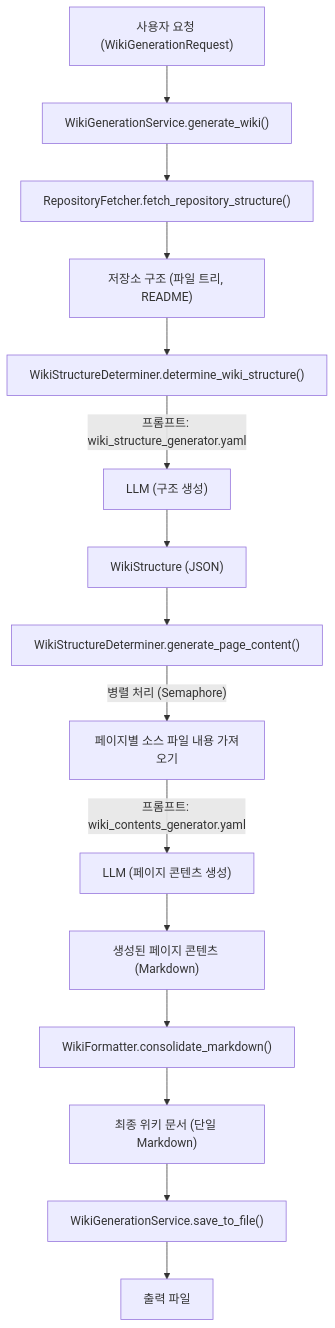
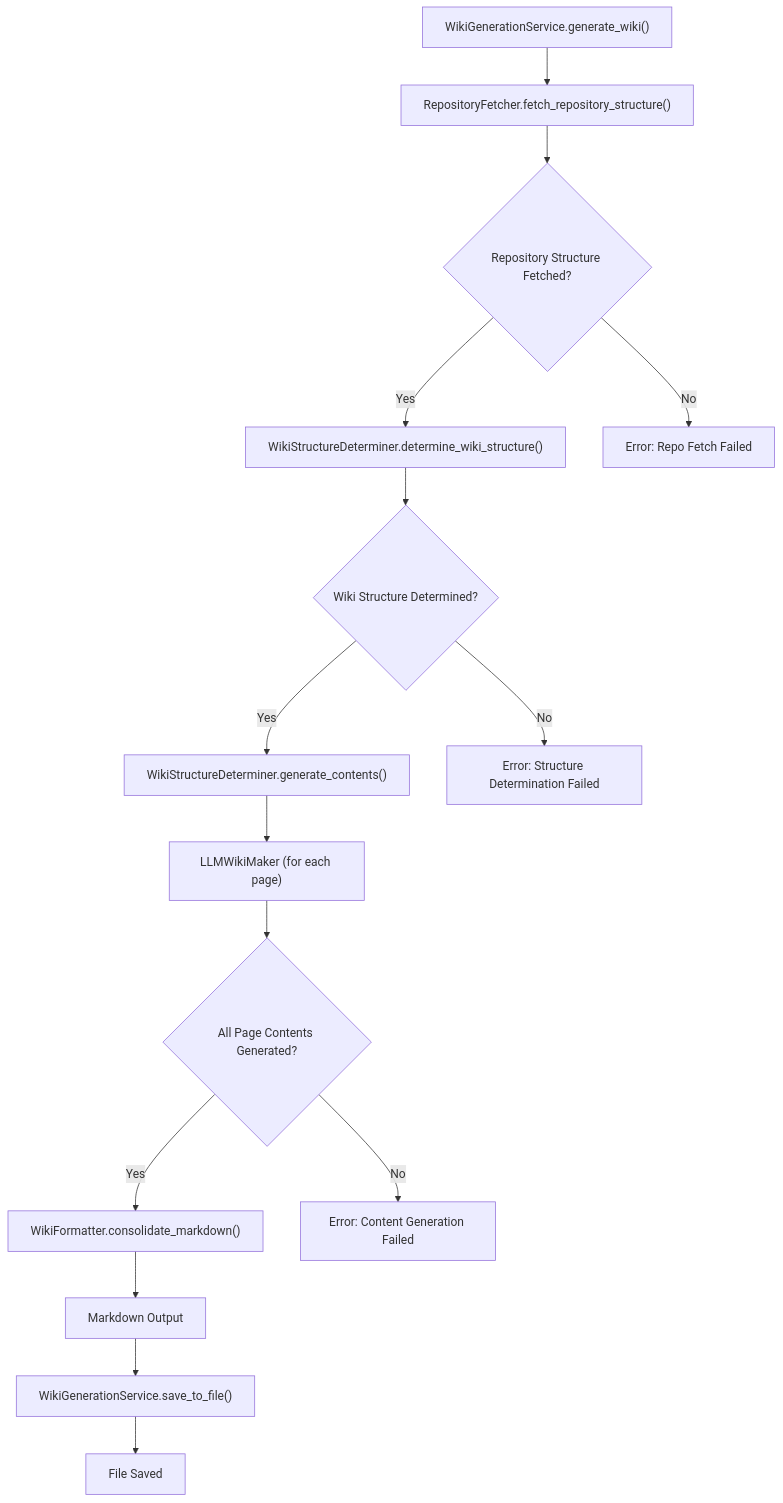
The third of 19 diagrams in examples/wiki_as_README.md (catuscio/wiki-as-readme), drawn with Mermaid before and after one commit. The commit also changed other lines of this file, not shown here.

Commit message:
docs: ✨Update examples/wiki_as_README.md via Wiki-As-Readme Action

````diff
--- a/examples/wiki_as_README.md
+++ b/examples/wiki_as_README.md
@@ -330,21 +350,17 @@
 ```mermaid
 graph TD
-    A["사용자 요청 (WikiGenerationRequest)"] --> B["WikiGenerationService.generate_wiki()"];
-
-    B --> C["RepositoryFetcher.fetch_repository_structure()"];
-    C --> D["저장소 구조 (파일 트리, README)"];
-
-    D --> E["WikiStructureDeterminer.determine_wiki_structure()"];
-    E -- "프롬프트: wiki_structure_generator.yaml" --> F["LLM (구조 생성)"];
-    F --> G["WikiStructure (JSON)"];
-
-    G --> H["WikiStructureDeterminer.generate_page_content()"];
-    H -- "병렬 처리 (Semaphore)" --> I["페이지별 소스 파일 내용 가져오기"];
-    I -- "프롬프트: wiki_contents_generator.yaml" --> J["LLM (페이지 콘텐츠 생성)"];
-    J --> K["생성된 페이지 콘텐츠 (Markdown)"];
-
-    K --> L["WikiFormatter.consolidate_markdown()"];
-    L --> M["최종 위키 문서 (단일 Markdown)"];
-    M --> N["WikiGenerationService.save_to_file()"];
-    N --> O["출력 파일"];
+    A["WikiGenerationService.generate_wiki()"] --> B["RepositoryFetcher.fetch_repository_structure()"];
+    B --> C{"Repository Structure Fetched?"};
+    C -- Yes --> D["WikiStructureDeterminer.determine_wiki_structure()"];
+    D --> E{"Wiki Structure Determined?"};
+    E -- Yes --> F["WikiStructureDeterminer.generate_contents()"];
+    F --> G["LLMWikiMaker (for each page)"];
+    G --> H{"All Page Contents Generated?"};
+    H -- Yes --> I["WikiFormatter.consolidate_markdown()"];
+    I --> J["Markdown Output"];
+    J --> K["WikiGenerationService.save_to_file()"];
+    K --> L["File Saved"];
+    C -- No --> M["Error: Repo Fetch Failed"];
+    E -- No --> N["Error: Structure Determination Failed"];
+    H -- No --> O["Error: Content Generation Failed"];
 ```
````
